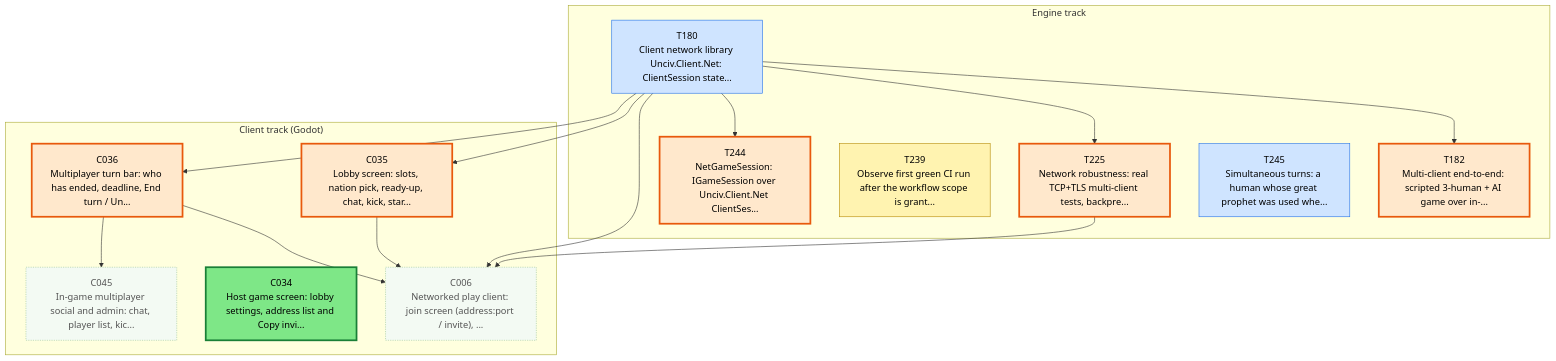
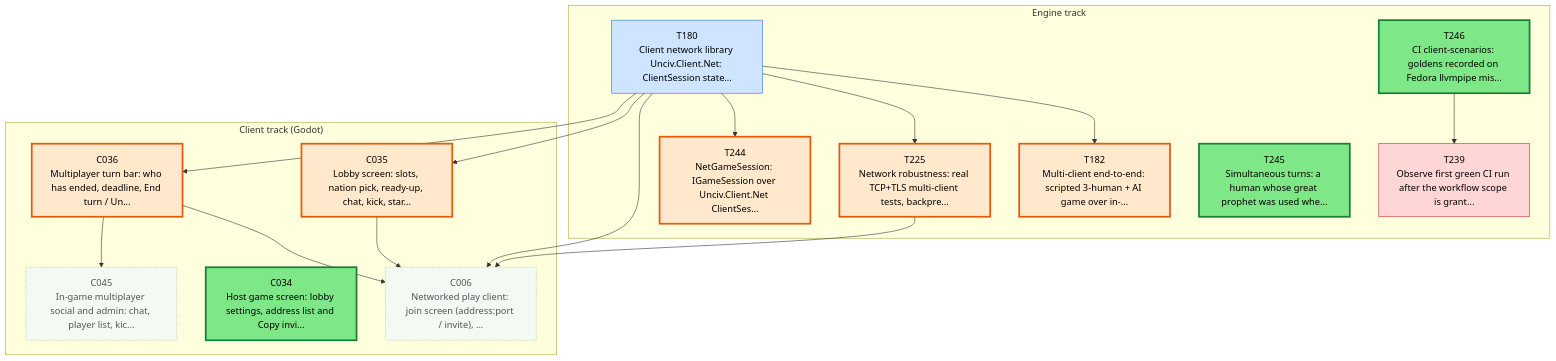
Before and after one commit to Kenmura/Unciv: the first of 3 diagrams in csharp/migration/DEPENDENCY_MAP.md, drawn with Mermaid. The commit also changed other lines of this file and 1 other file, not shown here.

Commit message:
migration: T239 blocked on T246 (scenario goldens differ on CI) [Claude]

````diff
--- a/csharp/migration/DEPENDENCY_MAP.md
+++ b/csharp/migration/DEPENDENCY_MAP.md
@@ -24,46 +24,49 @@
 ```mermaid
 flowchart TD
   subgraph TTRACK["Engine track"]
     T180["T180<br/>Client network library Unciv.Client.Net: ClientSession state..."]
     T182["T182<br/>Multi-client end-to-end: scripted 3-human + AI game over in-..."]
     T225["T225<br/>Network robustness: real TCP+TLS multi-client tests, backpre..."]
     T239["T239<br/>Observe first green CI run after the workflow scope is grant..."]
     T244["T244<br/>NetGameSession: IGameSession over Unciv.Client.Net ClientSes..."]
     T245["T245<br/>Simultaneous turns: a human whose great prophet was used whe..."]
+    T246["T246<br/>CI client-scenarios: goldens recorded on Fedora llvmpipe mis..."]
   end
   subgraph CTRACK["Client track (Godot)"]
     C006["C006<br/>Networked play client: join screen (address:port / invite), ..."]
     C034["C034<br/>Host game screen: lobby settings, address list and Copy invi..."]
     C035["C035<br/>Lobby screen: slots, nation pick, ready-up, chat, kick, star..."]
     C036["C036<br/>Multiplayer turn bar: who has ended, deadline, End turn / Un..."]
     C045["C045<br/>In-game multiplayer social and admin: chat, player list, kic..."]
   end
   T180 --> T182
   T180 --> T225
+  T246 --> T239
   T180 --> T244
   T180 --> C006
   C035 --> C006
   C036 --> C006
   T225 --> C006
   T180 --> C035
   T180 --> C036
   C036 --> C045
   classDef waiting fill:#f3faf3,stroke:#9bc49b,color:#555,stroke-dasharray:2 2
   classDef ondeck fill:#ffe8cc,stroke:#e8590c,stroke-width:3px,color:#000
   classDef ready fill:#7ee787,stroke:#1a7f37,stroke-width:3px,color:#000
   classDef prog fill:#fff3b0,stroke:#b58900,color:#000
   classDef review fill:#cfe4ff,stroke:#1f6feb,color:#000
   classDef blocked fill:#ffd6d6,stroke:#c62828,color:#000
   classDef done fill:#eeeeee,stroke:#999999,color:#666,stroke-dasharray:4 3
   class C006 waiting
   class C034 ready
   class C035 ondeck
   class C036 ondeck
   class C045 waiting
   class T180 review
   class T182 ondeck
   class T225 ondeck
-  class T239 prog
+  class T239 blocked
   class T244 ondeck
-  class T245 review
+  class T245 ready
+  class T246 ready
 ```
````
